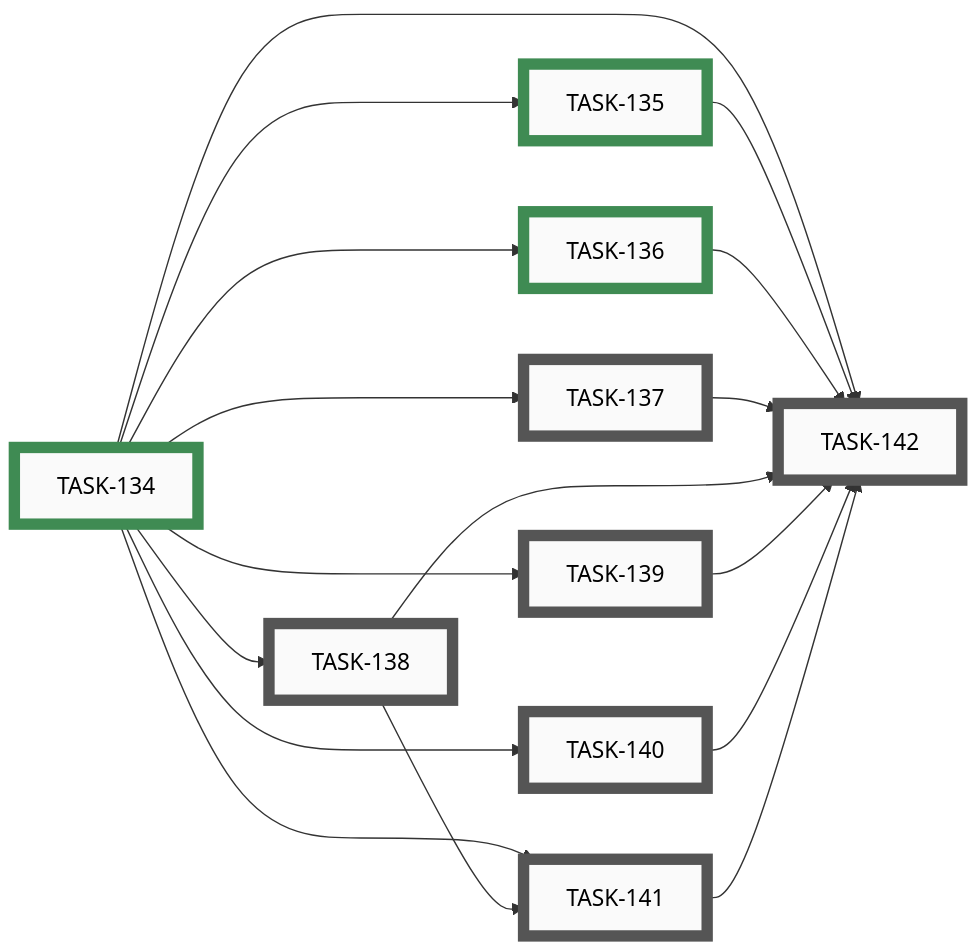
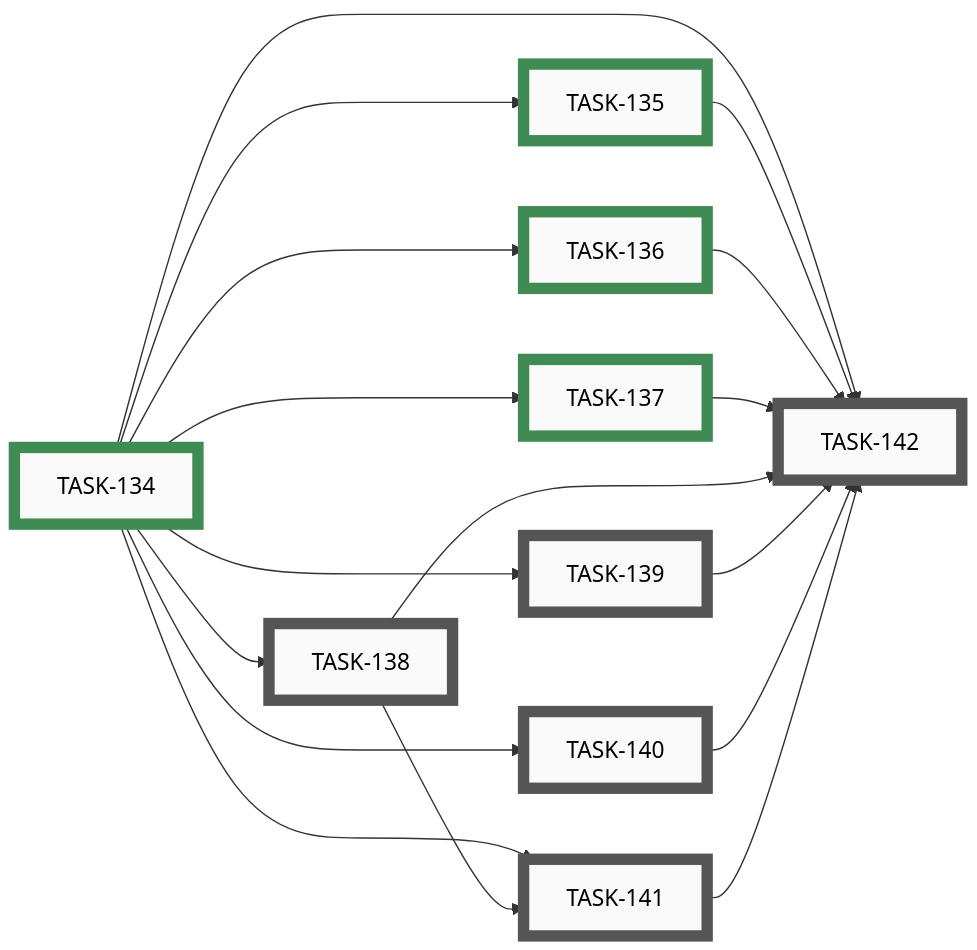
Before and after one commit to tgd1975/CircuitSmith: diagram 15 of 16 in docs/developers/tasks/EPICS.md, drawn with Mermaid. The commit also changed other lines of this file and 4 other files, not shown here.

First line of the commit message:
close TASK-137: walk IDEA-001 layout-engine concept vs shipped kernel/router/rubric

````diff
--- a/docs/developers/tasks/EPICS.md
+++ b/docs/developers/tasks/EPICS.md
@@ -968,45 +968,45 @@
 ```mermaid
 graph LR
-    TASK_137["TASK-137"]:::open
     TASK_138["TASK-138"]:::open
     TASK_139["TASK-139"]:::open
     TASK_140["TASK-140"]:::open
     TASK_141["TASK-141"]:::open
     TASK_142["TASK-142"]:::open
     TASK_134["TASK-134"]:::closed
     TASK_135["TASK-135"]:::closed
     TASK_136["TASK-136"]:::closed
-    TASK_134 --> TASK_137
+    TASK_137["TASK-137"]:::closed
     TASK_134 --> TASK_138
     TASK_134 --> TASK_139
     TASK_134 --> TASK_140
     TASK_134 --> TASK_141
     TASK_138 --> TASK_141
     TASK_134 --> TASK_142
     TASK_135 --> TASK_142
     TASK_136 --> TASK_142
     TASK_137 --> TASK_142
     TASK_138 --> TASK_142
     TASK_139 --> TASK_142
     TASK_140 --> TASK_142
     TASK_141 --> TASK_142
     TASK_134 --> TASK_135
     TASK_134 --> TASK_136
-    click TASK_137 "open/task-137-dossier-layout-engine-walk.md"
+    TASK_134 --> TASK_137
     click TASK_138 "open/task-138-dossier-erc-engine-walk.md"
     click TASK_139 "open/task-139-dossier-exporters-walk.md"
     click TASK_140 "open/task-140-dossier-rule-catalog-walk.md"
     click TASK_141 "open/task-141-dossier-skill-packaging-walk.md"
     click TASK_142 "open/task-142-dossier-cross-repo-cleanup-and-close-out.md"
     click TASK_134 "closed/task-134-dossier-phase-plan-walk.md"
     click TASK_135 "closed/task-135-dossier-components-walk.md"
     click TASK_136 "closed/task-136-dossier-yaml-format-walk.md"
+    click TASK_137 "closed/task-137-dossier-layout-engine-walk.md"
     classDef open    fill:#FAFAFA,stroke:#555,stroke-width:8px,color:#000
     classDef active  fill:#FAFAFA,stroke:#1A6FA8,stroke-width:8px,color:#000
     classDef closed  fill:#FAFAFA,stroke:#3F8B53,stroke-width:8px,color:#000
     classDef paused  fill:#FAFAFA,stroke:#B07810,stroke-width:8px,color:#000
     classDef openExt    fill:#000,stroke:#888,stroke-width:8px,color:#FFF
     classDef activeExt  fill:#000,stroke:#3FA9F5,stroke-width:8px,color:#FFF
     classDef closedExt  fill:#000,stroke:#7CC68A,stroke-width:8px,color:#FFF
     classDef pausedExt  fill:#000,stroke:#F0B030,stroke-width:8px,color:#FFF
 ```
````
